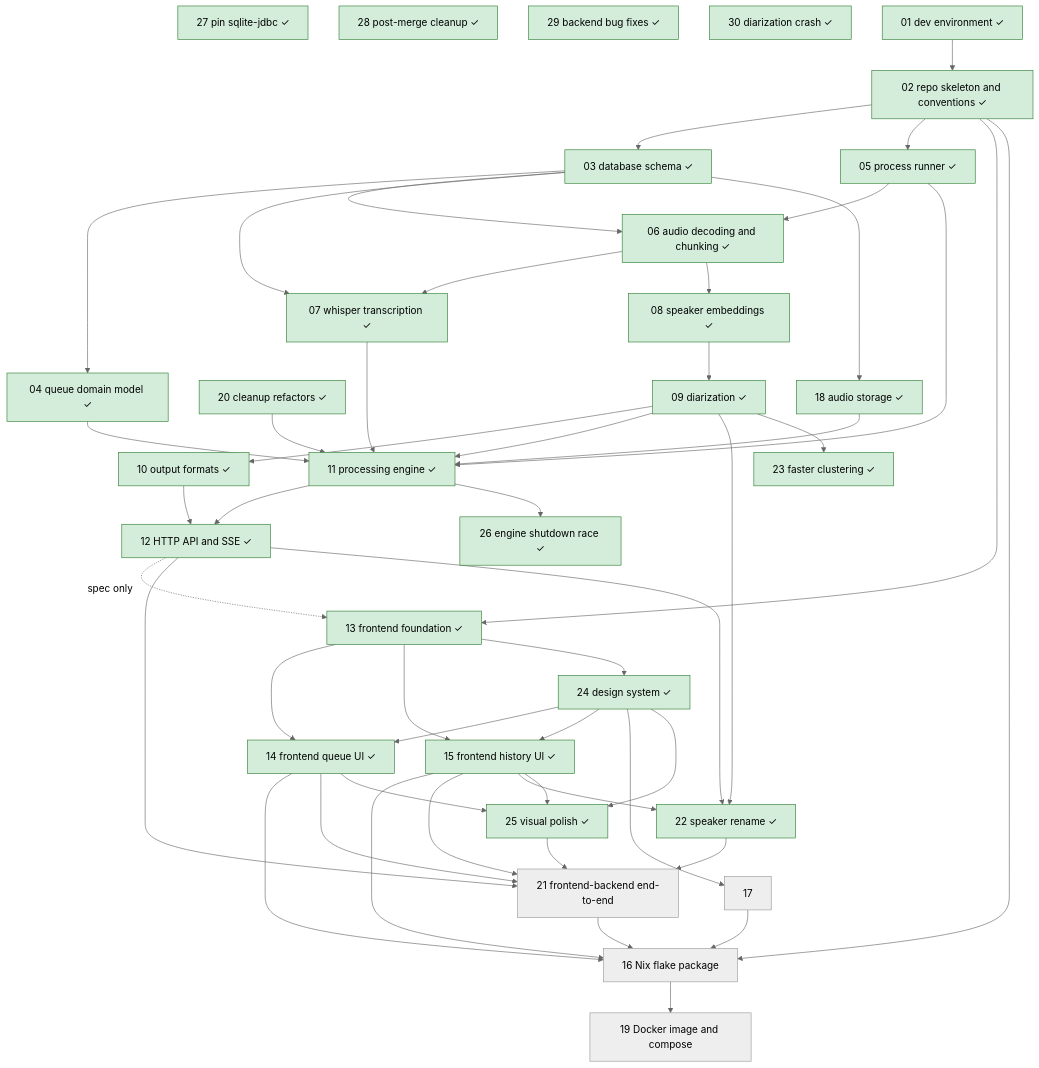
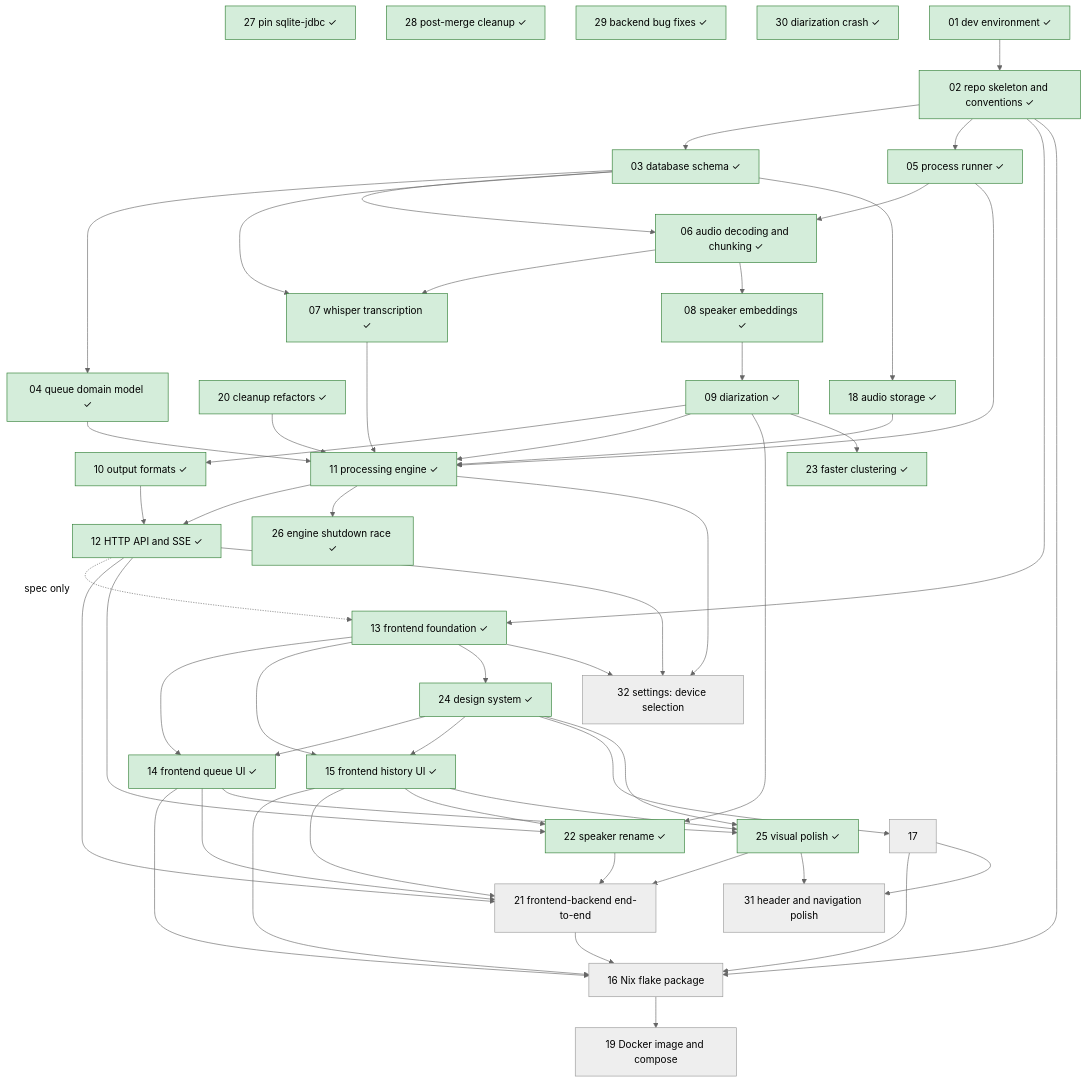
The diagram in roadmap/README.md (lulu-berlin/speech-to-text-app), drawn with Mermaid (neutral theme) before and after one commit. The commit also changed other lines of this file and 2 other files, not shown here.

Commit message:
Draft roadmap items 31 (header and navigation polish) and 32 (settings: device selection)

````diff
--- a/roadmap/README.md
+++ b/roadmap/README.md
@@ -17,56 +17,61 @@
 ```mermaid
 graph TD
   01[01 dev environment ✓]:::done --> 02[02 repo skeleton and conventions ✓]:::done
   02 --> 03[03 database schema ✓]:::done
   03 --> 04[04 queue domain model ✓]:::done
   02 --> 05[05 process runner ✓]:::done
   05 --> 06[06 audio decoding and chunking ✓]:::done
   03 --> 06
   06 --> 07[07 whisper transcription ✓]:::done
   03 --> 07
   06 --> 08[08 speaker embeddings ✓]:::done
   08 --> 09[09 diarization ✓]:::done
   09 --> 10[10 output formats ✓]:::done
   04 --> 11[11 processing engine ✓]:::done
   05 --> 11
   07 --> 11
   09 --> 11
   03 --> 18[18 audio storage ✓]:::done
   18 --> 11
   20 --> 11
   11 --> 12[12 HTTP API and SSE ✓]:::done
   10 --> 12
   02 --> 13[13 frontend foundation ✓]:::done
   12 -. spec only .-> 13
   13 --> 14[14 frontend queue UI ✓]:::done
   13 --> 15[15 frontend history UI ✓]:::done
   02 --> 16[16 Nix flake package]
   14 --> 16
   15 --> 16
   17 --> 16
   20[20 cleanup refactors ✓]:::done
   12 --> 21[21 frontend-backend end-to-end]
   14 --> 21
   15 --> 21
   22 --> 21
   25 --> 21
   16 --> 19[19 Docker image and compose]
   21 --> 16
   09 --> 22[22 speaker rename ✓]:::done
   12 --> 22
   15 --> 22
   09 --> 23[23 faster clustering ✓]:::done
   13 --> 24[24 design system ✓]:::done
   24 --> 14
   24 --> 15
   24 --> 17
   24 --> 25[25 visual polish ✓]:::done
   14 --> 25
   15 --> 25
   11 --> 26[26 engine shutdown race ✓]:::done
   27[27 pin sqlite-jdbc ✓]:::done
   28[28 post-merge cleanup ✓]:::done
   29[29 backend bug fixes ✓]:::done
   30[30 diarization crash ✓]:::done
+  17 --> 31[31 header and navigation polish]
+  25 --> 31
+  11 --> 32[32 settings: device selection]
+  12 --> 32
+  13 --> 32
   classDef done fill:#d4edda,stroke:#2e7d32
 ```
````
